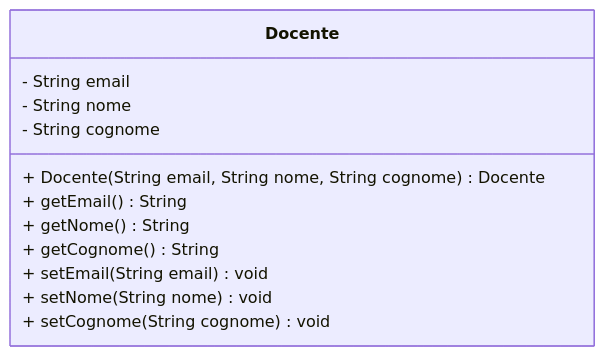
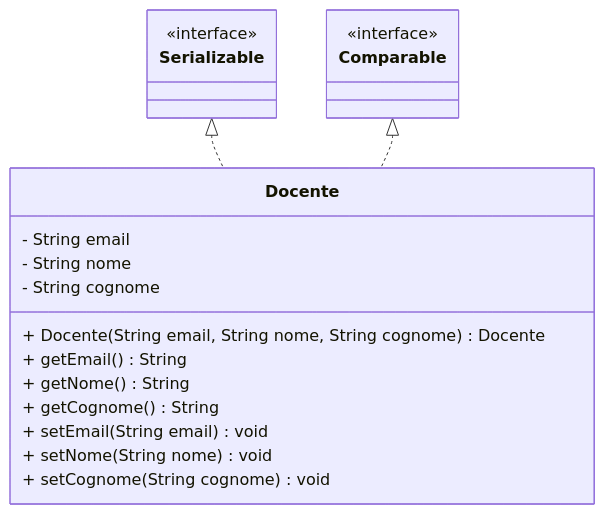
One commit to gcarbone48/PrenotazioneAule5 changed the diagram in diagrams/docenteClassDiagram.md. Above: the diagram before and after it, drawn with Mermaid. The commit also changed 2 other files, not shown here.

Commit message:
FEAT: aggiunta interfaccia Serializable (su Prenotazione, Aula e Docente) e Comparable ( su Docente e Prenotazione)

````diff
--- a/diagrams/docenteClassDiagram.md
+++ b/diagrams/docenteClassDiagram.md
@@ -1,16 +1,27 @@
 ```mermaid
 classDiagram
+
+    class Serializable {
+              <<interface>>
+    }
+    class Comparable {
+              <<interface>>
+    }
+
+    Serializable <|.. Docente
+    Comparable <|.. Docente
+
     class Docente{
         - String email
         %% univoca      
         - String nome
         - String cognome
         + Docente(String email, String nome, String cognome) Docente
         + getEmail() String
         + getNome() String
         + getCognome() String
         + setEmail(String email) void
         + setNome(String nome) void
         + setCognome(String cognome) void        
     }
 ```
````
